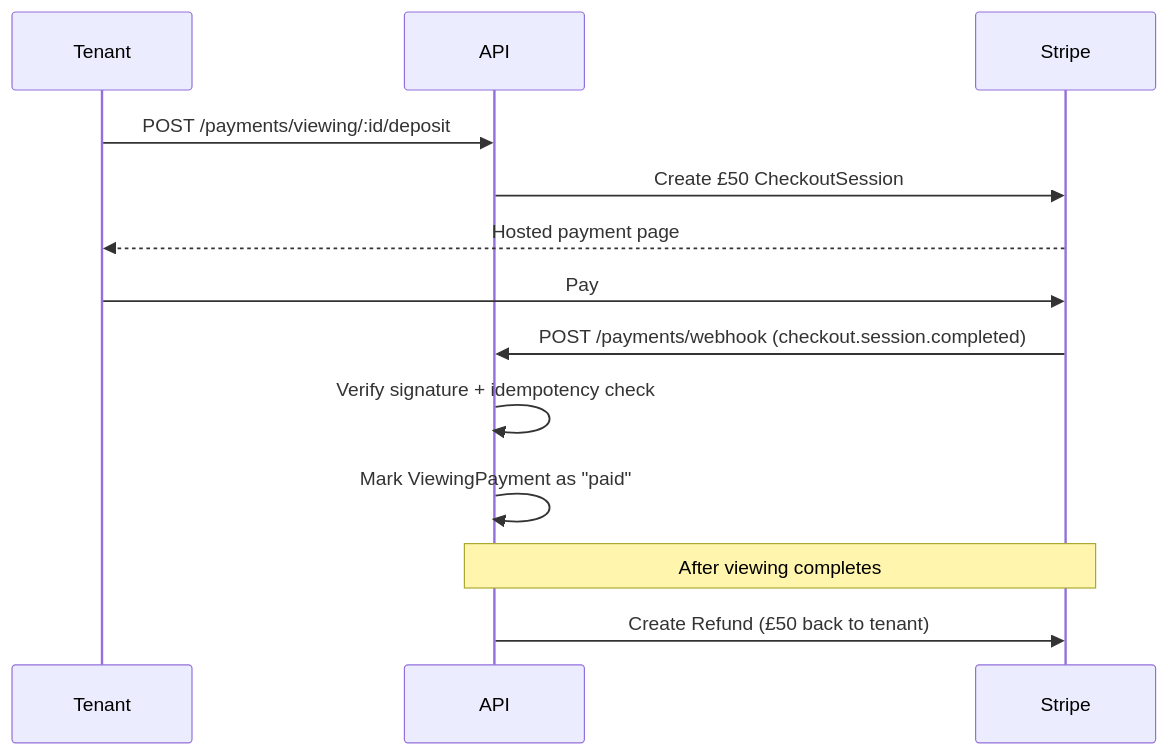
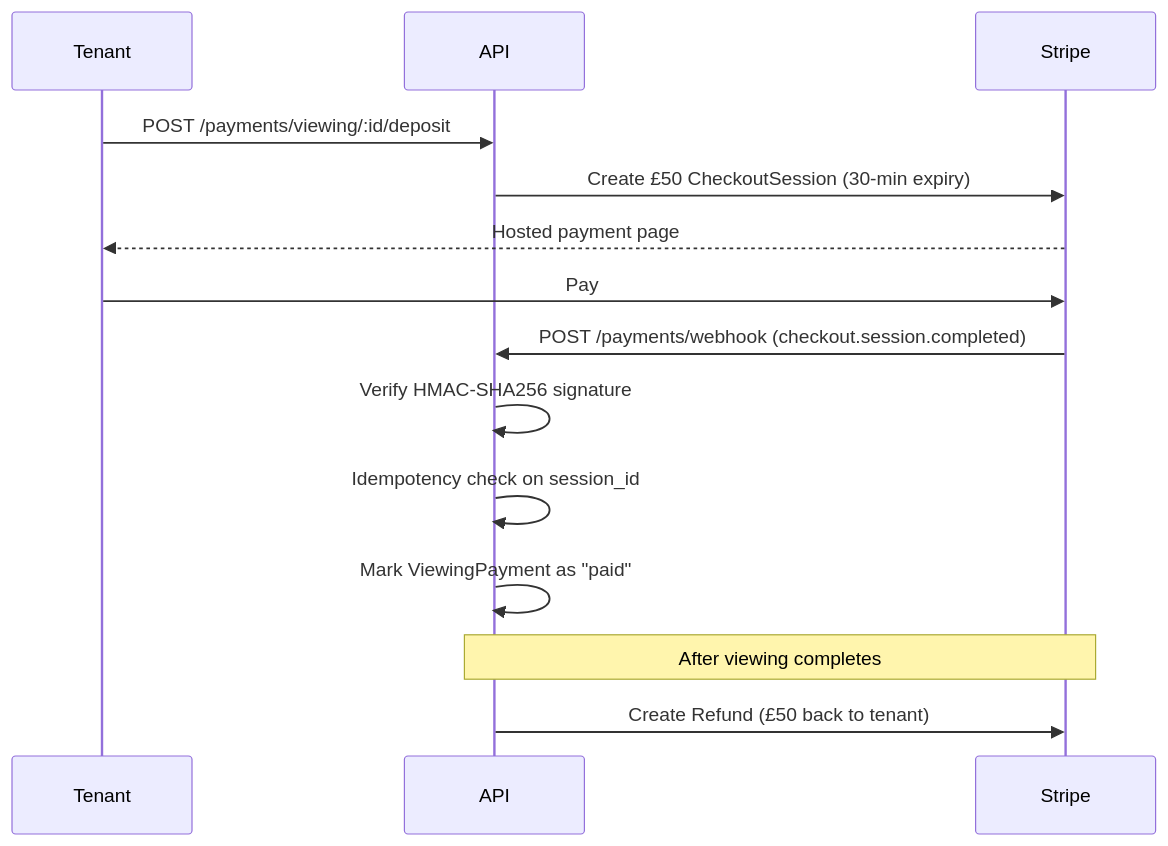
One commit to Olayanju-1234/final-year-project-backend changed the fourth of 4 diagrams in README.md. Above: the diagram before and after it, drawn with Mermaid. The commit also changed other lines of this file, not shown here.

````diff
--- a/README.md
+++ b/README.md
@@ -433,17 +285,18 @@
 ```mermaid
 sequenceDiagram
     participant Tenant
     participant API
     participant Stripe
 
     Tenant->>API: POST /payments/viewing/:id/deposit
-    API->>Stripe: Create £50 CheckoutSession
+    API->>Stripe: Create £50 CheckoutSession (30-min expiry)
     Stripe-->>Tenant: Hosted payment page
     Tenant->>Stripe: Pay
     Stripe->>API: POST /payments/webhook (checkout.session.completed)
-    API->>API: Verify signature + idempotency check
+    API->>API: Verify HMAC-SHA256 signature
+    API->>API: Idempotency check on session_id
     API->>API: Mark ViewingPayment as "paid"
 
     Note over API,Stripe: After viewing completes
     API->>Stripe: Create Refund (£50 back to tenant)
 ```
````
